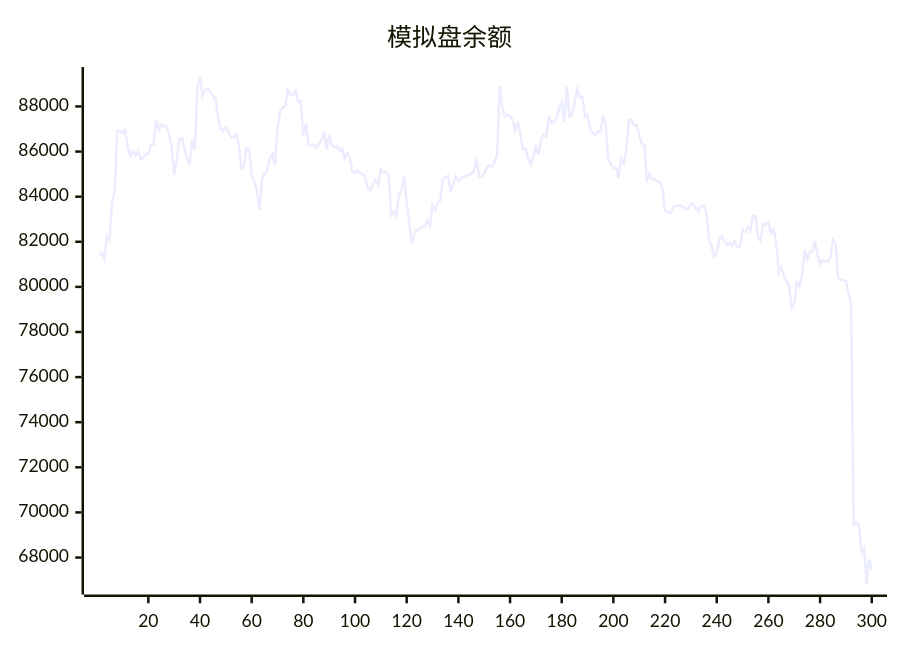
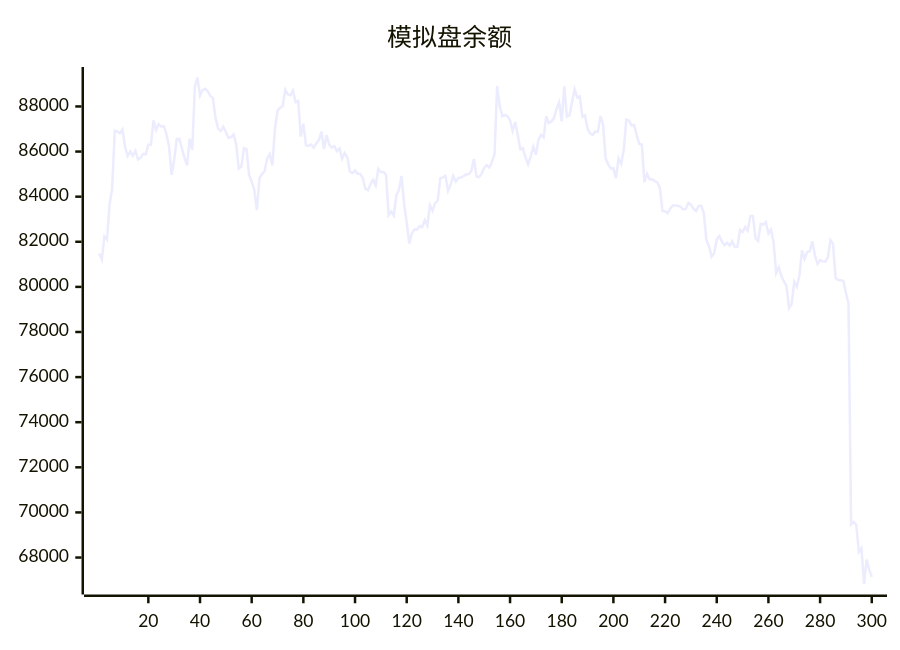
The diagram in README.md (aahl/ai-trading), drawn with Mermaid before and after one commit. The commit also changed other lines of this file and 1 other file, not shown here.

````diff
--- a/README.md
+++ b/README.md
@@ -5,5 +5,5 @@
 ```mermaid
 xychart
     title "模拟盘余额"
-    line [81398,81481,81210,82242,82099,83658,84359,86925,86892,86814,86980,86203,85802,86003,85811,86028,85657,85721,85896,85880,86300,86299,87378,86965,87214,87115,87118,86780,86238,84966,85623,86555,86562,86129,85722,85387,86569,86070,88870,89278,88477,88720,88781,88668,88467,88372,87493,87018,86917,87102,86870,86613,86644,86758,86317,85242,85334,86149,86106,84968,84671,84302,83410,84816,85001,85127,85693,85891,85384,87001,87811,87945,88007,88734,88528,88495,88705,88189,88248,86662,87234,86279,86251,86314,86177,86364,86503,86886,86114,86731,86310,86176,86240,86017,86136,85685,85938,85749,85111,85044,85164,85016,85008,84824,84354,84287,84572,84745,84500,85234,85096,85095,84970,83180,83338,83157,84070,84309,84922,83667,82850,81924,82369,82552,82539,82695,82648,82962,82728,83619,83378,83710,83825,84819,84854,84917,84265,84527,84919,84668,84834,84850,84916,84981,85004,85131,85674,84891,84864,85019,85284,85393,85294,85538,85894,88904,88012,87567,87625,87568,87386,86920,87313,86737,86094,86143,85725,85437,85787,86219,85859,86526,86740,86630,87563,87264,87335,87483,87886,88180,87335,88894,87544,87608,88207,88755,88401,88444,87543,87608,87000,86810,86740,86894,86884,87576,87209,85686,85435,85251,85255,84820,85689,85453,86066,87420,87373,87161,87178,86740,86341,86315,84643,85012,84772,84768,84690,84635,84376,83360,83357,83259,83474,83608,83606,83602,83548,83440,83454,83724,83644,83464,83365,83590,83592,83275,82072,81806,81344,81492,82109,82254,82006,81848,81955,81829,82022,81769,81776,82522,82441,82656,82498,83144,83144,82150,82038,82797,82763,82872,82367,82536,81981,80612,80862,80484,80242,80034,79063,79245,80226,80016,80507,81625,81233,81544,81578,82016,81401,81019,81186,81130,81118,81306,82066,81909,80392,80304,80291,80258,79729,79261,69466,69579,69456,68251,68415,66832,67911,67462]
+    line [81481,81210,82242,82099,83658,84359,86925,86892,86814,86980,86203,85802,86003,85811,86028,85657,85721,85896,85880,86300,86299,87378,86965,87214,87115,87118,86780,86238,84966,85623,86555,86562,86129,85722,85387,86569,86070,88870,89278,88477,88720,88781,88668,88467,88372,87493,87018,86917,87102,86870,86613,86644,86758,86317,85242,85334,86149,86106,84968,84671,84302,83410,84816,85001,85127,85693,85891,85384,87001,87811,87945,88007,88734,88528,88495,88705,88189,88248,86662,87234,86279,86251,86314,86177,86364,86503,86886,86114,86731,86310,86176,86240,86017,86136,85685,85938,85749,85111,85044,85164,85016,85008,84824,84354,84287,84572,84745,84500,85234,85096,85095,84970,83180,83338,83157,84070,84309,84922,83667,82850,81924,82369,82552,82539,82695,82648,82962,82728,83619,83378,83710,83825,84819,84854,84917,84265,84527,84919,84668,84834,84850,84916,84981,85004,85131,85674,84891,84864,85019,85284,85393,85294,85538,85894,88904,88012,87567,87625,87568,87386,86920,87313,86737,86094,86143,85725,85437,85787,86219,85859,86526,86740,86630,87563,87264,87335,87483,87886,88180,87335,88894,87544,87608,88207,88755,88401,88444,87543,87608,87000,86810,86740,86894,86884,87576,87209,85686,85435,85251,85255,84820,85689,85453,86066,87420,87373,87161,87178,86740,86341,86315,84643,85012,84772,84768,84690,84635,84376,83360,83357,83259,83474,83608,83606,83602,83548,83440,83454,83724,83644,83464,83365,83590,83592,83275,82072,81806,81344,81492,82109,82254,82006,81848,81955,81829,82022,81769,81776,82522,82441,82656,82498,83144,83144,82150,82038,82797,82763,82872,82367,82536,81981,80612,80862,80484,80242,80034,79063,79245,80226,80016,80507,81625,81233,81544,81578,82016,81401,81019,81186,81130,81118,81306,82066,81909,80392,80304,80291,80258,79729,79261,69466,69579,69456,68251,68415,66832,67911,67462,67144]
 ```
````
